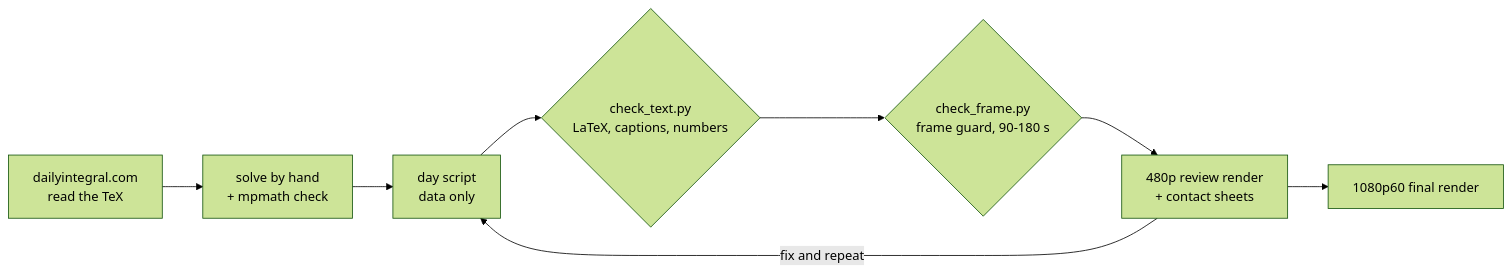
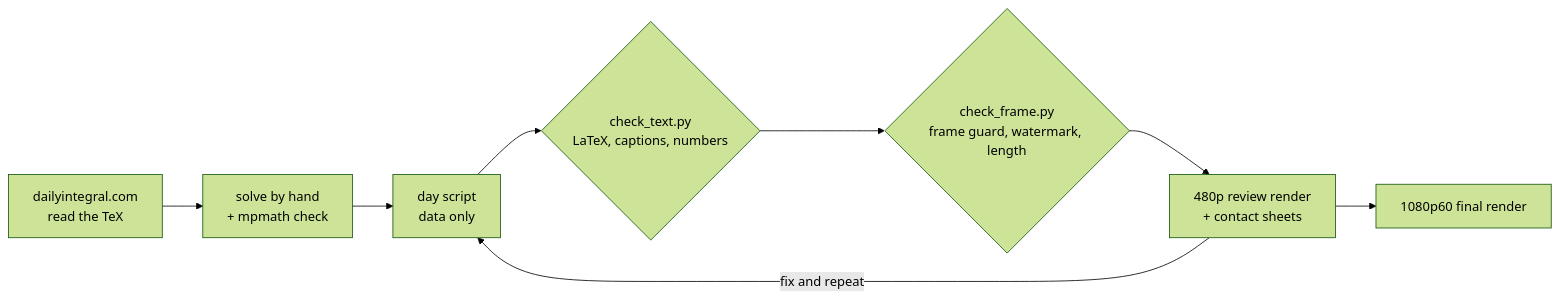
Before and after one commit to hsfhmmni/daily-integral-manim: the diagram in README.md, drawn with Mermaid (forest theme). The commit also changed other lines of this file and 18 other files, not shown here.

````diff
--- a/README.md
+++ b/README.md
@@ -44,10 +45,10 @@
 ```mermaid
 flowchart LR
   A[dailyintegral.com<br/>read the TeX] --> B[solve by hand<br/>+ mpmath check]
   B --> C[day script<br/>data only]
   C --> D{check_text.py<br/>LaTeX, captions, numbers}
-  D --> E{check_frame.py<br/>frame guard, 90-180 s}
+  D --> E{check_frame.py<br/>frame guard, watermark, length}
   E --> F[480p review render<br/>+ contact sheets]
   F -->|fix and repeat| C
   F --> G[1080p60 final render]
 ```
````
